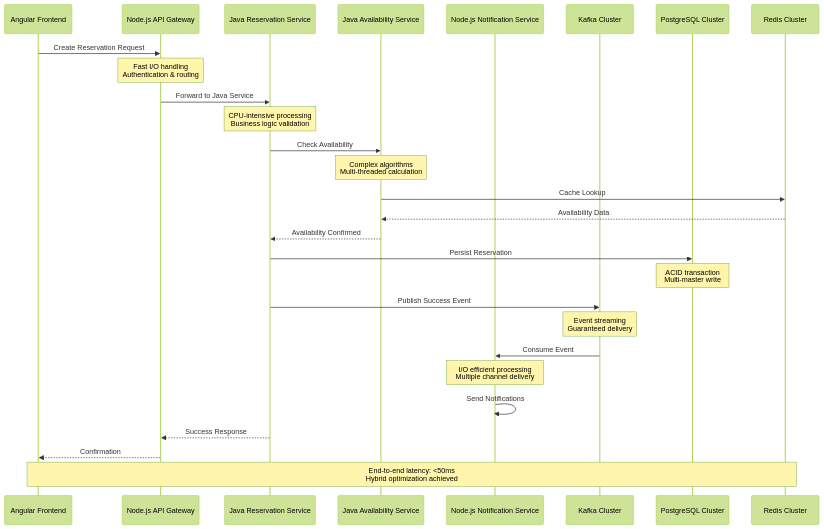
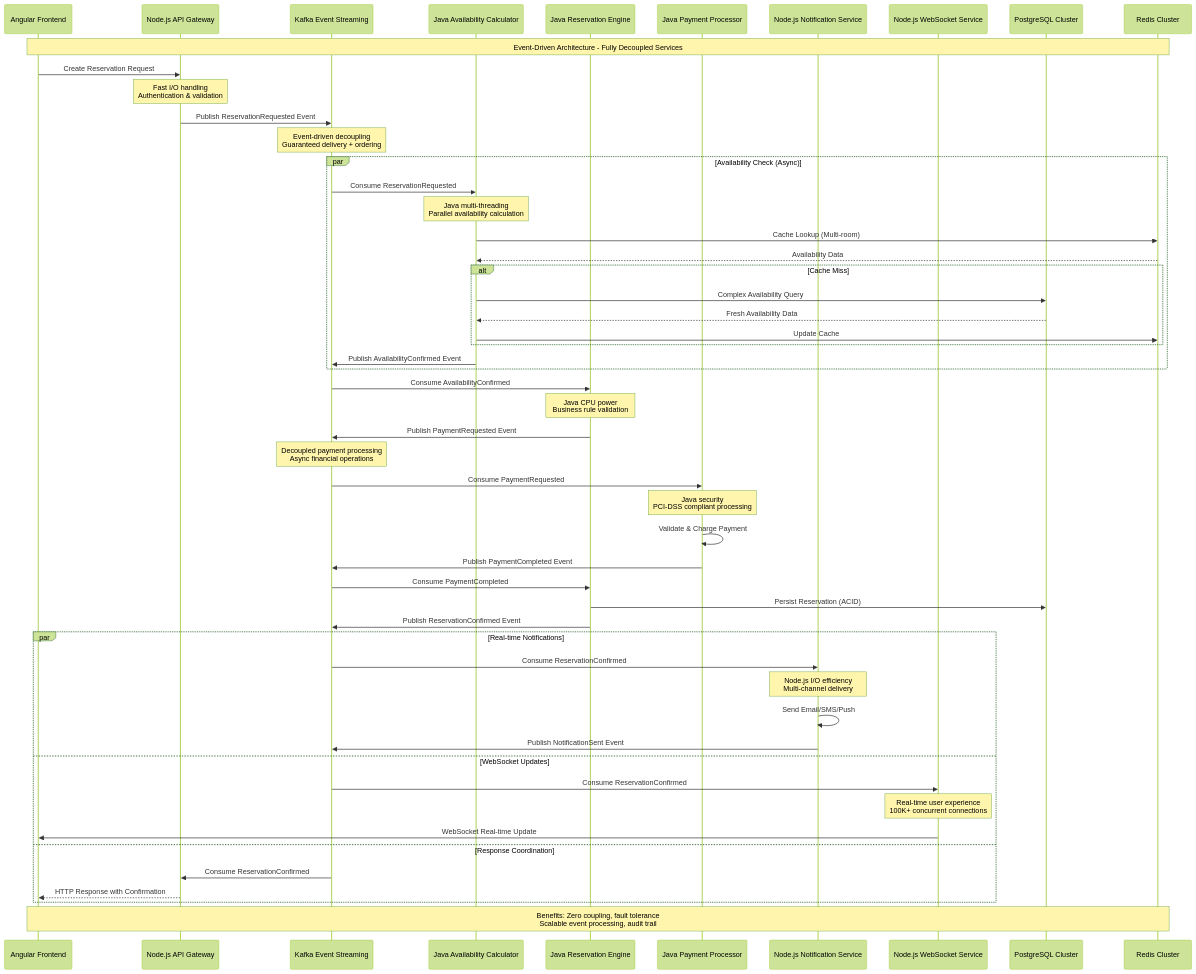
Before and after one commit to red2n/modern-reservation: the fourth of 36 diagrams in docs/product-requirements-document.md, drawn with Mermaid (forest theme). The commit also changed other lines of this file, not shown here.

Commit message:
Enhance Product Requirements Document with event-driven architecture details, including inter-service communication patterns, performance metrics, and scalability benefits. Standardize event schemas and update diagrams for clarity and improved understanding of the system's architecture.

````diff
--- a/docs/product-requirements-document.md
+++ b/docs/product-requirements-document.md
@@ -277,39 +277,65 @@
 ```mermaid
 sequenceDiagram
     participant UI as Angular Frontend
     participant GW as Node.js API Gateway
-    participant RS as Java Reservation Service
-    participant AS as Java Availability Service
+    participant K as Kafka Event Streaming
+    participant AC as Java Availability Calculator
+    participant RE as Java Reservation Engine
+    participant PP as Java Payment Processor
     participant NS as Node.js Notification Service
-    participant K as Kafka Cluster
+    participant WS as Node.js WebSocket Service
     participant DB as PostgreSQL Cluster
-    participant R as Redis Cluster
+    participant RC as Redis Cluster
+
+    Note over UI,RC: Event-Driven Architecture - Fully Decoupled Services
 
     UI->>GW: Create Reservation Request
-    Note over GW: Fast I/O handling<br/>Authentication & routing
+    Note over GW: Fast I/O handling<br/>Authentication & validation
 
-    GW->>RS: Forward to Java Service
-    Note over RS: CPU-intensive processing<br/>Business logic validation
+    GW->>K: Publish ReservationRequested Event
+    Note over K: Event-driven decoupling<br/>Guaranteed delivery + ordering
 
-    RS->>AS: Check Availability
-    Note over AS: Complex algorithms<br/>Multi-threaded calculation
+    par Availability Check (Async)
+        K->>AC: Consume ReservationRequested
+        Note over AC: Java multi-threading<br/>Parallel availability calculation
+        AC->>RC: Cache Lookup (Multi-room)
+        RC-->>AC: Availability Data
+        alt Cache Miss
+            AC->>DB: Complex Availability Query
+            DB-->>AC: Fresh Availability Data
+            AC->>RC: Update Cache
+        end
+        AC->>K: Publish AvailabilityConfirmed Event
+    end
 
-    AS->>R: Cache Lookup
-    R-->>AS: Availability Data
-    AS-->>RS: Availability Confirmed
+    K->>RE: Consume AvailabilityConfirmed
+    Note over RE: Java CPU power<br/>Business rule validation
 
-    RS->>DB: Persist Reservation
-    Note over DB: ACID transaction<br/>Multi-master write
+    RE->>K: Publish PaymentRequested Event
+    Note over K: Decoupled payment processing<br/>Async financial operations
 
-    RS->>K: Publish Success Event
-    Note over K: Event streaming<br/>Guaranteed delivery
+    K->>PP: Consume PaymentRequested
+    Note over PP: Java security<br/>PCI-DSS compliant processing
+    PP->>PP: Validate & Charge Payment
+    PP->>K: Publish PaymentCompleted Event
 
-    K->>NS: Consume Event
-    Note over NS: I/O efficient processing<br/>Multiple channel delivery
+    K->>RE: Consume PaymentCompleted
+    RE->>DB: Persist Reservation (ACID)
+    RE->>K: Publish ReservationConfirmed Event
 
-    NS->>NS: Send Notifications
-    RS-->>GW: Success Response
-    GW-->>UI: Confirmation
+    par Real-time Notifications
+        K->>NS: Consume ReservationConfirmed
+        Note over NS: Node.js I/O efficiency<br/>Multi-channel delivery
+        NS->>NS: Send Email/SMS/Push
+        NS->>K: Publish NotificationSent Event
+    and WebSocket Updates
+        K->>WS: Consume ReservationConfirmed
+        Note over WS: Real-time user experience<br/>100K+ concurrent connections
+        WS->>UI: WebSocket Real-time Update
+    and Response Coordination
+        K->>GW: Consume ReservationConfirmed
+        GW-->>UI: HTTP Response with Confirmation
+    end
 
-    Note over UI,R: End-to-end latency: <50ms<br/>Hybrid optimization achieved
+    Note over UI,RC: Benefits: Zero coupling, fault tolerance<br/>Scalable event processing, audit trail
 ```
````
